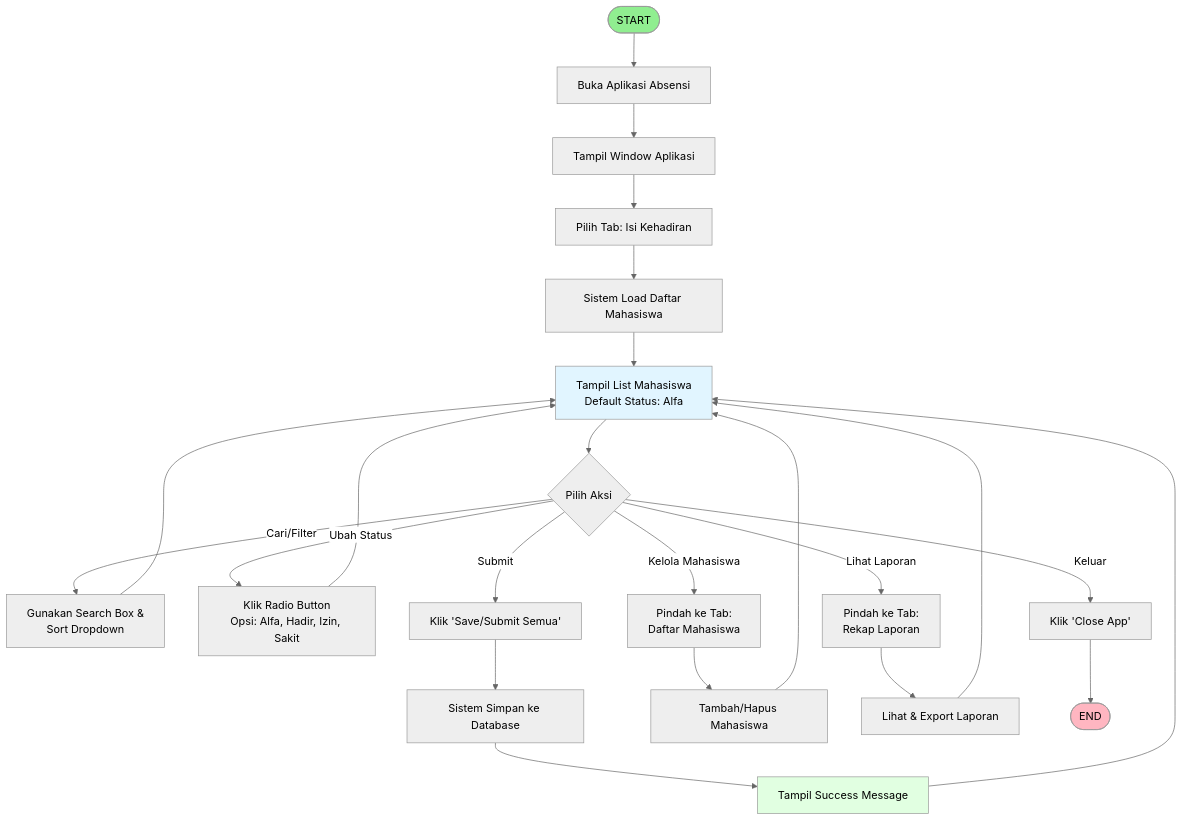
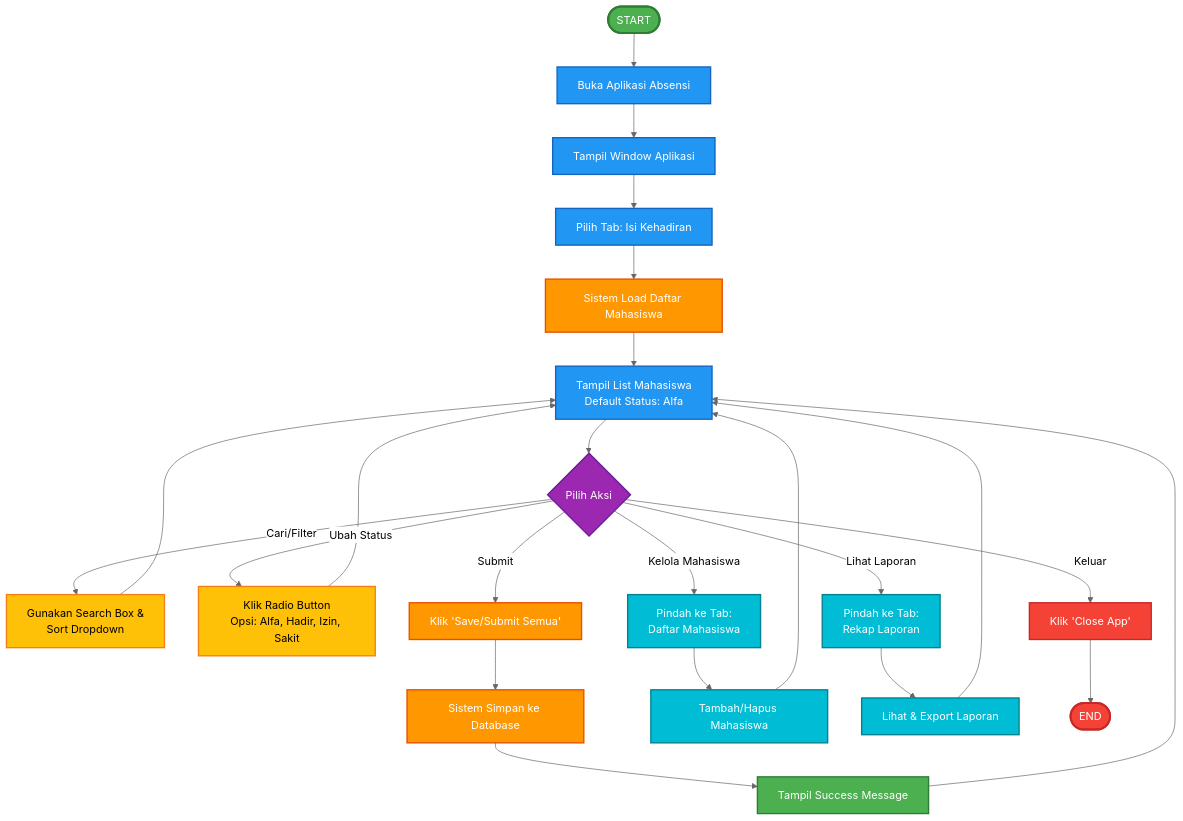
Before and after one commit to revxcode/k3-absensi: the first of 6 diagrams in flowchart.md, drawn with Mermaid (neutral theme).

Commit message:
Enhance flowchart styling for improved visual clarity and consistency

````diff
--- a/flowchart.md
+++ b/flowchart.md
@@ -5,38 +5,52 @@
 ```mermaid
 flowchart TD
     START([START]) --> OpenApp[Buka Aplikasi Absensi]
     OpenApp --> MainWindow[Tampil Window Aplikasi]
     MainWindow --> Tab1[Pilih Tab: Isi Kehadiran]
     
     Tab1 --> LoadList[Sistem Load Daftar Mahasiswa]
     LoadList --> DisplayList[Tampil List Mahasiswa<br/>Default Status: Alfa]
     
     DisplayList --> Aksi{Pilih Aksi}
     
     Aksi -->|Cari/Filter| Search[Gunakan Search Box &<br/>Sort Dropdown]
     Search --> DisplayList
     
     Aksi -->|Ubah Status| ChangeStatus[Klik Radio Button<br/>Opsi: Alfa, Hadir, Izin, Sakit]
     ChangeStatus --> DisplayList
     
     Aksi -->|Submit| Submit[Klik 'Save/Submit Semua']
     Submit --> SaveDB[Sistem Simpan ke Database]
     SaveDB --> Success[Tampil Success Message]
     Success --> DisplayList
     
     Aksi -->|Kelola Mahasiswa| Tab2[Pindah ke Tab:<br/>Daftar Mahasiswa]
     Tab2 --> ManageList[Tambah/Hapus Mahasiswa]
     ManageList --> DisplayList
     
     Aksi -->|Lihat Laporan| Tab3[Pindah ke Tab:<br/>Rekap Laporan]
     Tab3 --> ViewReport[Lihat & Export Laporan]
     ViewReport --> DisplayList
     
     Aksi -->|Keluar| Close[Klik 'Close App']
     Close --> END([END])
     
-    style START fill:#90EE90
-    style END fill:#FFB6C1
-    style DisplayList fill:#E1F5FF
-    style Success fill:#E1FFE1
+    style START fill:#4CAF50,stroke:#2E7D32,stroke-width:3px,color:#fff
+    style END fill:#F44336,stroke:#C62828,stroke-width:3px,color:#fff
+    style OpenApp fill:#2196F3,stroke:#1565C0,stroke-width:2px,color:#fff
+    style MainWindow fill:#2196F3,stroke:#1565C0,stroke-width:2px,color:#fff
+    style Tab1 fill:#2196F3,stroke:#1565C0,stroke-width:2px,color:#fff
+    style LoadList fill:#FF9800,stroke:#E65100,stroke-width:2px,color:#fff
+    style DisplayList fill:#2196F3,stroke:#1565C0,stroke-width:2px,color:#fff
+    style Aksi fill:#9C27B0,stroke:#6A1B9A,stroke-width:2px,color:#fff
+    style Search fill:#FFC107,stroke:#F57F17,stroke-width:2px,color:#000
+    style ChangeStatus fill:#FFC107,stroke:#F57F17,stroke-width:2px,color:#000
+    style Submit fill:#FF9800,stroke:#E65100,stroke-width:2px,color:#fff
+    style SaveDB fill:#FF9800,stroke:#E65100,stroke-width:2px,color:#fff
+    style Success fill:#4CAF50,stroke:#2E7D32,stroke-width:2px,color:#fff
+    style Tab2 fill:#00BCD4,stroke:#00838F,stroke-width:2px,color:#fff
+    style ManageList fill:#00BCD4,stroke:#00838F,stroke-width:2px,color:#fff
+    style Tab3 fill:#00BCD4,stroke:#00838F,stroke-width:2px,color:#fff
+    style ViewReport fill:#00BCD4,stroke:#00838F,stroke-width:2px,color:#fff
+    style Close fill:#F44336,stroke:#C62828,stroke-width:2px,color:#fff
 ```
````
